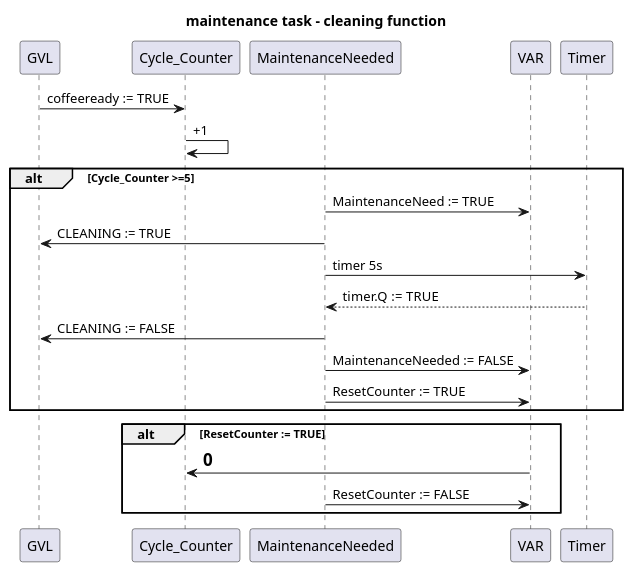
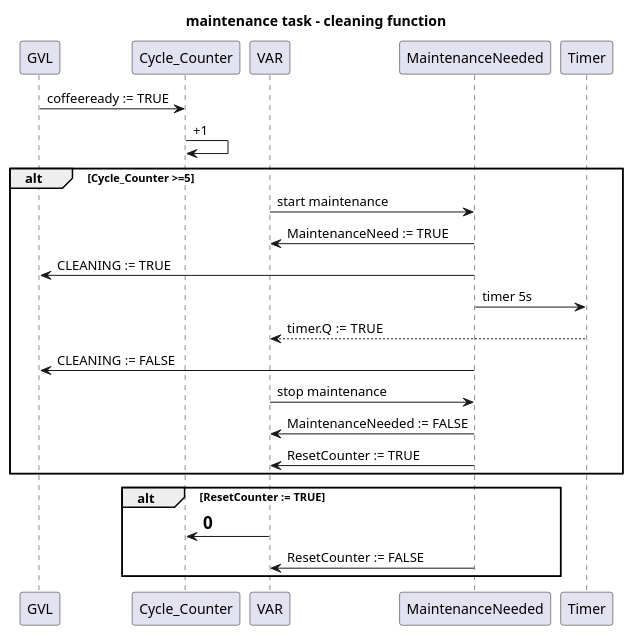
Before and after one commit to MicheleBossini/virtual-PLC: the diagram in mdbook/src/chapter_3.md, drawn with PlantUML. The commit also changed 1 other file, not shown here.

Commit message:
added explenation for maintenance task in mdbook

````diff
--- a/mdbook/src/chapter_3.md
+++ b/mdbook/src/chapter_3.md
@@ -8,24 +8,26 @@
 ```plantuml
 @startuml
 title maintenance task - cleaning function
 
 GVL -> Cycle_Counter : coffeeready := TRUE
 Cycle_Counter -> Cycle_Counter : +1
 
 alt Cycle_Counter >=5 
+VAR -> MaintenanceNeeded : start maintenance
 MaintenanceNeeded -> VAR : MaintenanceNeed := TRUE
 MaintenanceNeeded -> GVL : CLEANING := TRUE
 MaintenanceNeeded -> Timer : timer 5s
-Timer --> MaintenanceNeeded : timer.Q := TRUE
+Timer --> VAR : timer.Q := TRUE
 MaintenanceNeeded -> GVL : CLEANING := FALSE
+VAR -> MaintenanceNeeded : stop maintenance
 MaintenanceNeeded -> VAR: MaintenanceNeeded := FALSE
 MaintenanceNeeded -> VAR : ResetCounter := TRUE
 end
 alt ResetCounter := TRUE
 VAR -> Cycle_Counter : =0
 MaintenanceNeeded -> VAR : ResetCounter := FALSE
 
 end
 
 @enduml
 ```
````
